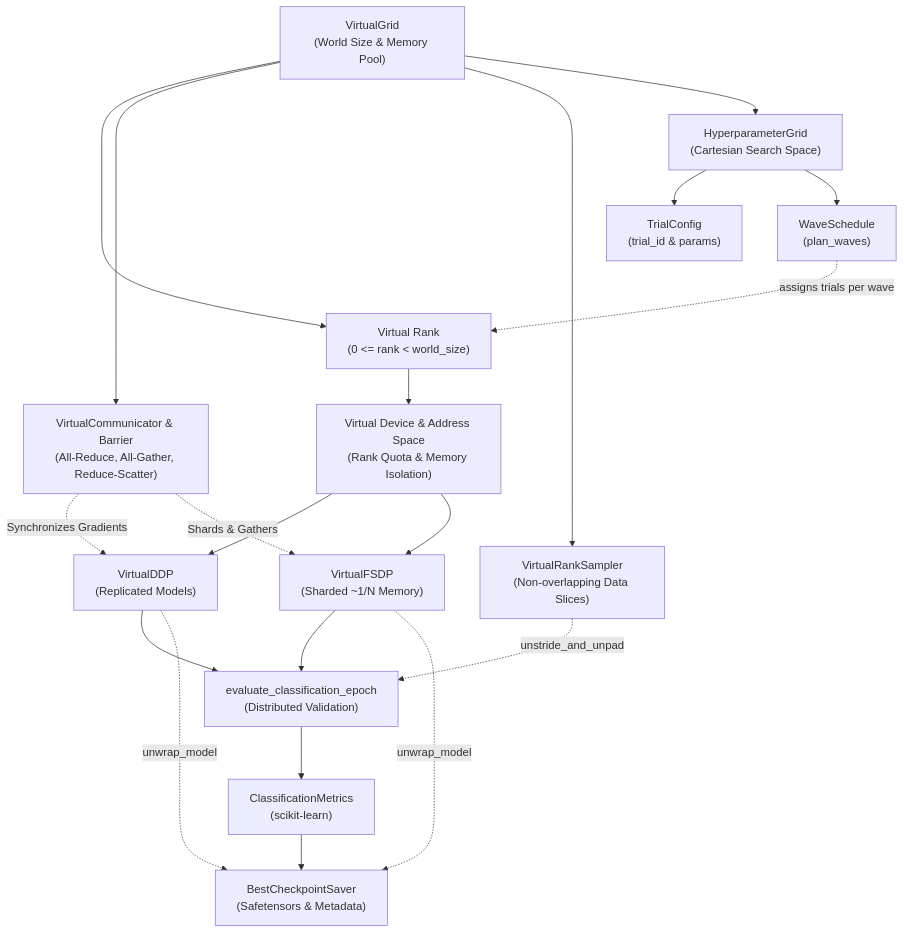
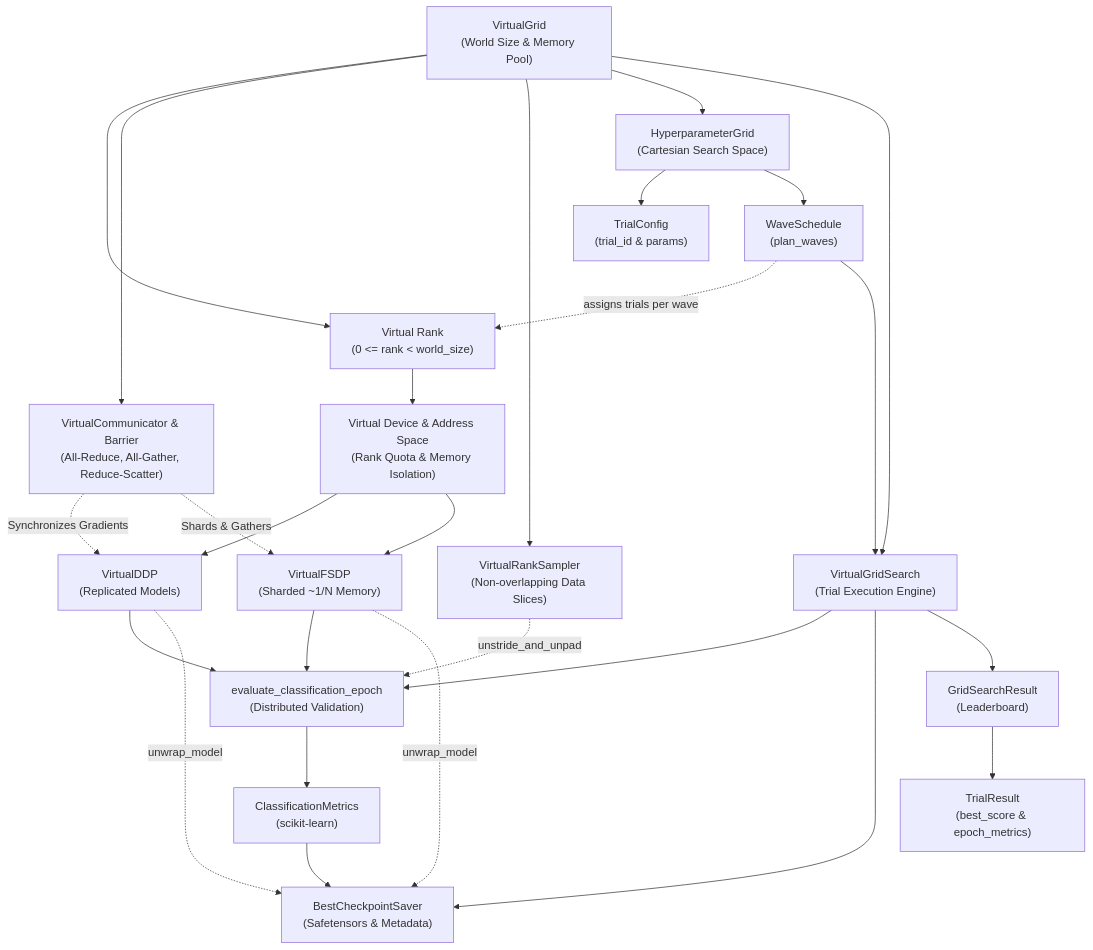
Before and after one commit to rsyue/amd-spare-bedroom: the diagram in GLOSSARY.md, drawn with Mermaid. The commit also changed other lines of this file and 4 other files, not shown here.

First line of the commit message:
feat(grid-search): add VirtualGridSearch per-rank trial execution engine (#7) (#13)

````diff
--- a/GLOSSARY.md
+++ b/GLOSSARY.md
@@ -45,22 +45,28 @@
 ```mermaid
 flowchart TD
     VG["VirtualGrid\n(World Size & Memory Pool)"] --> VR["Virtual Rank\n(0 <= rank < world_size)"]
     VR --> VD["Virtual Device & Address Space\n(Rank Quota & Memory Isolation)"]
     VG --> VC["VirtualCommunicator & Barrier\n(All-Reduce, All-Gather, Reduce-Scatter)"]
     VG --> RS["VirtualRankSampler\n(Non-overlapping Data Slices)"]
     VD --> DDP["VirtualDDP\n(Replicated Models)"]
     VD --> FSDP["VirtualFSDP\n(Sharded ~1/N Memory)"]
     VC -. "Synchronizes Gradients" .-> DDP
     VC -. "Shards & Gathers" .-> FSDP
     DDP --> EVAL["evaluate_classification_epoch\n(Distributed Validation)"]
     FSDP --> EVAL
     RS -. "unstride_and_unpad" .-> EVAL
     EVAL --> METRICS["ClassificationMetrics\n(scikit-learn)"]
     METRICS --> CKPT["BestCheckpointSaver\n(Safetensors & Metadata)"]
     DDP -. "unwrap_model" .-> CKPT
     FSDP -. "unwrap_model" .-> CKPT
     VG --> HG["HyperparameterGrid\n(Cartesian Search Space)"]
     HG --> TC["TrialConfig\n(trial_id & params)"]
     HG --> WS["WaveSchedule\n(plan_waves)"]
     WS -. "assigns trials per wave" .-> VR
+    VG --> VGS["VirtualGridSearch\n(Trial Execution Engine)"]
+    WS --> VGS
+    VGS --> EVAL
+    VGS --> CKPT
+    VGS --> GSR["GridSearchResult\n(Leaderboard)"]
+    GSR --> TR["TrialResult\n(best_score & epoch_metrics)"]
 ```
````
